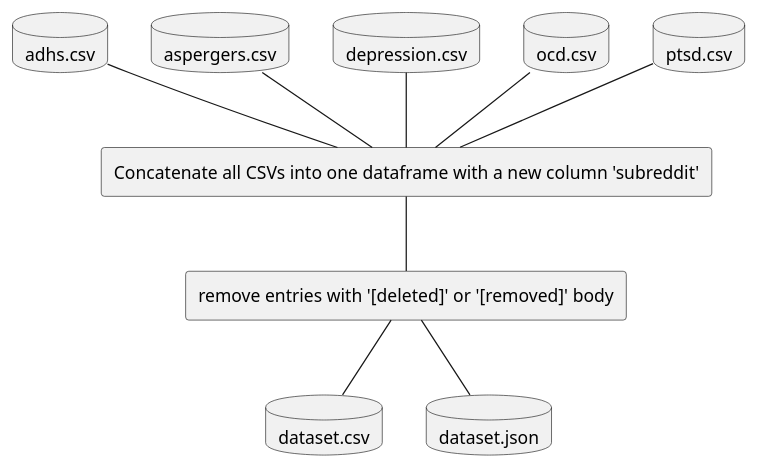
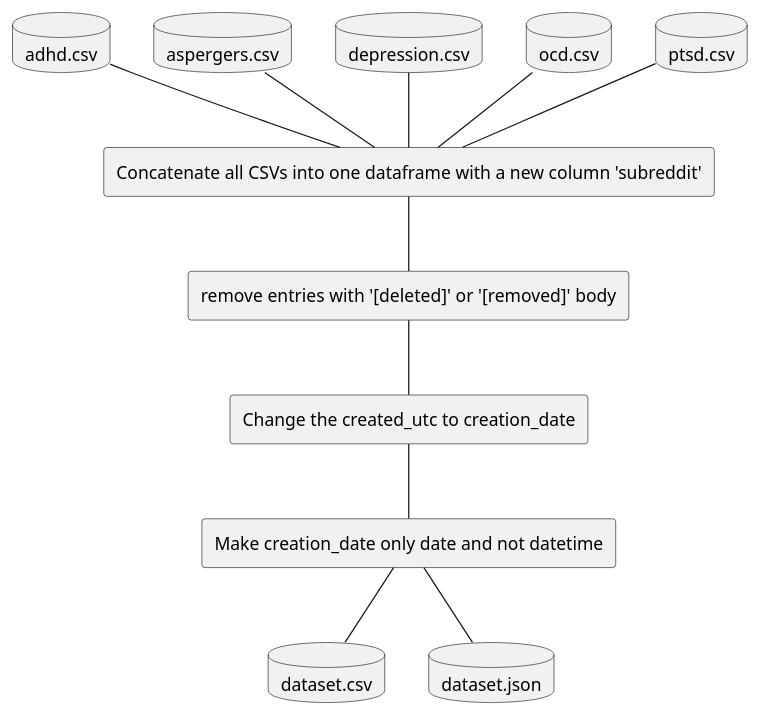
Before and after one commit to vasco-oliv/PRI_T08_G82: the diagram in pipeline.plantuml, drawn with PlantUML.

Commit message:
Fixed pipeline

```diff
--- a/pipeline.plantuml
+++ b/pipeline.plantuml
@@ -1,37 +1,45 @@
 @startuml pipeline
 
 
 ' Two database elements side by side
-database "adhs.csv" as ADHDCsv {
+database "adhd.csv" as ADHDCsv {
 }
 database "aspergers.csv" as AspergersCsv {
 }
 database "depression.csv" as DepressionCsv {
 }
 database "ocd.csv" as OCDCsv {
 }
 database "ptsd.csv" as PTSDCsv {
 }
 
 rectangle "Concatenate all CSVs into one dataframe with a new column 'subreddit'" as Concatenate
 
 ADHDCsv -- Concatenate
 AspergersCsv -- Concatenate
 DepressionCsv -- Concatenate
 OCDCsv -- Concatenate
 PTSDCsv -- Concatenate
 
 rectangle "remove entries with '[deleted]' or '[removed]' body" as RemoveDeleted
 
 Concatenate -- RemoveDeleted
 
+rectangle "Change the created_utc to creation_date" as ChangeColumn
+
+RemoveDeleted -- ChangeColumn
+
+rectangle "Make creation_date only date and not datetime" as RemoveTime
+
+ChangeColumn -- RemoveTime
+
 database "dataset.csv" as DatasetCSV {
 }
 
 database "dataset.json" as DatasetJSON {
 }
 
-RemoveDeleted -- DatasetCSV
-RemoveDeleted -- DatasetJSON
+RemoveTime -- DatasetCSV
+RemoveTime -- DatasetJSON
 
 @enduml
```
